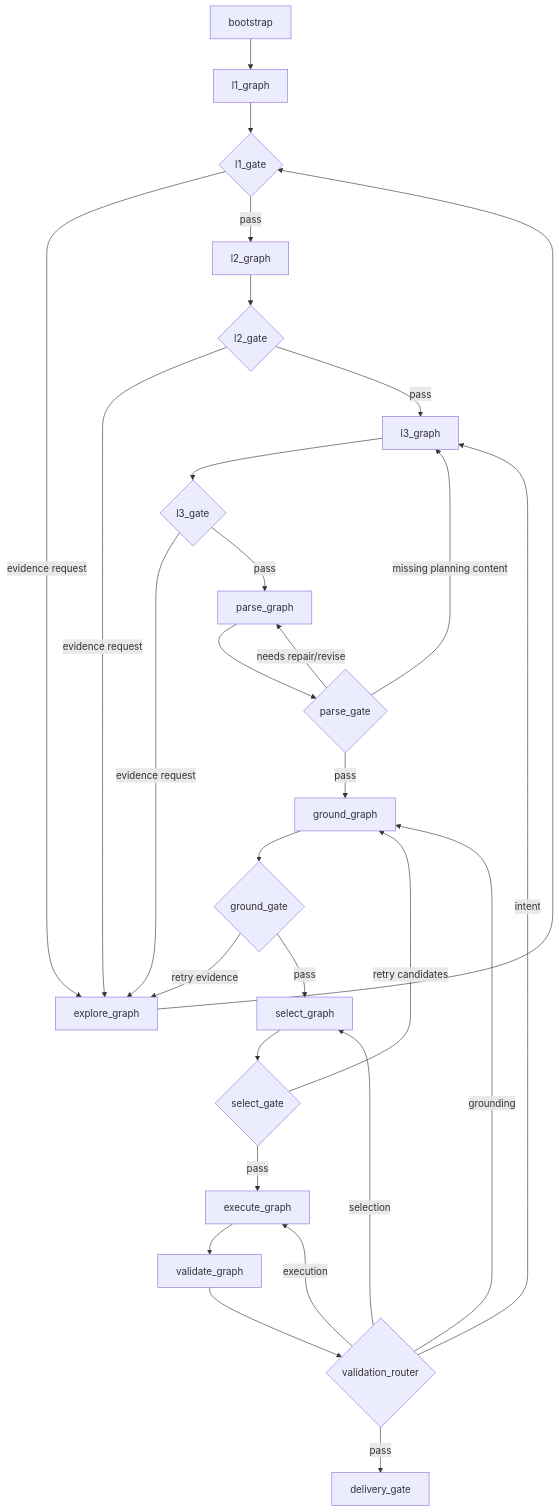
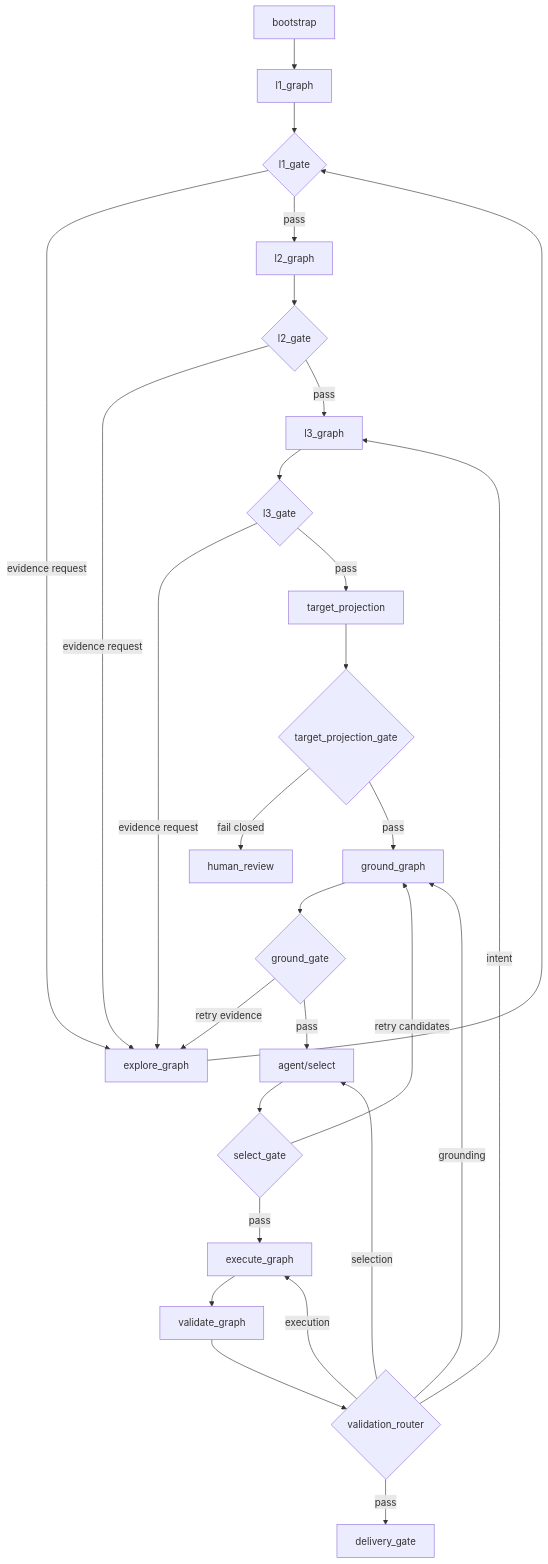
Before and after one commit to hanyi690/Village_Planning_Agent: the first of 2 diagrams in docs/architecture/agent-graph.md, drawn with Mermaid. The commit also changed other lines of this file and 428 other files, not shown here.

First line of the commit message:
refactor(backend): migrate to blueprint layered architecture

````diff
--- a/docs/architecture/agent-graph.md
+++ b/docs/architecture/agent-graph.md
@@ -69,31 +82,30 @@
 ```mermaid
 flowchart TD
     Bootstrap["bootstrap"] --> L1["l1_graph"]
     L1 --> L1Gate{"l1_gate"}
     L1Gate -->|evidence request| Explore["explore_graph"]
     Explore --> L1Gate
     L1Gate -->|pass| L2["l2_graph"]
     L2 --> L2Gate{"l2_gate"}
     L2Gate -->|evidence request| Explore
     L2Gate -->|pass| L3["l3_graph"]
     L3 --> L3Gate{"l3_gate"}
     L3Gate -->|evidence request| Explore
-    L3Gate -->|pass| Parse["parse_graph"]
-    Parse --> ParseGate{"parse_gate"}
-    ParseGate -->|needs repair/revise| Parse
-    ParseGate -->|missing planning content| L3
-    ParseGate -->|pass| Ground["ground_graph"]
+    L3Gate -->|pass| TargetProjection["target_projection"]
+    TargetProjection --> TargetGate{"target_projection_gate"}
+    TargetGate -->|fail closed| Human["human_review"]
+    TargetGate -->|pass| Ground["ground_graph"]
     Ground --> GroundGate{"ground_gate"}
     GroundGate -->|retry evidence| Explore
-    GroundGate -->|pass| Select["select_graph"]
+    GroundGate -->|pass| Select["agent/select"]
     Select --> SelectGate{"select_gate"}
     SelectGate -->|retry candidates| Ground
     SelectGate -->|pass| Execute["execute_graph"]
     Execute --> Validate["validate_graph"]
     Validate --> Router{"validation_router"}
     Router -->|intent| L3
     Router -->|grounding| Ground
     Router -->|selection| Select
     Router -->|execution| Execute
     Router -->|pass| Delivery["delivery_gate"]
 ```
````
